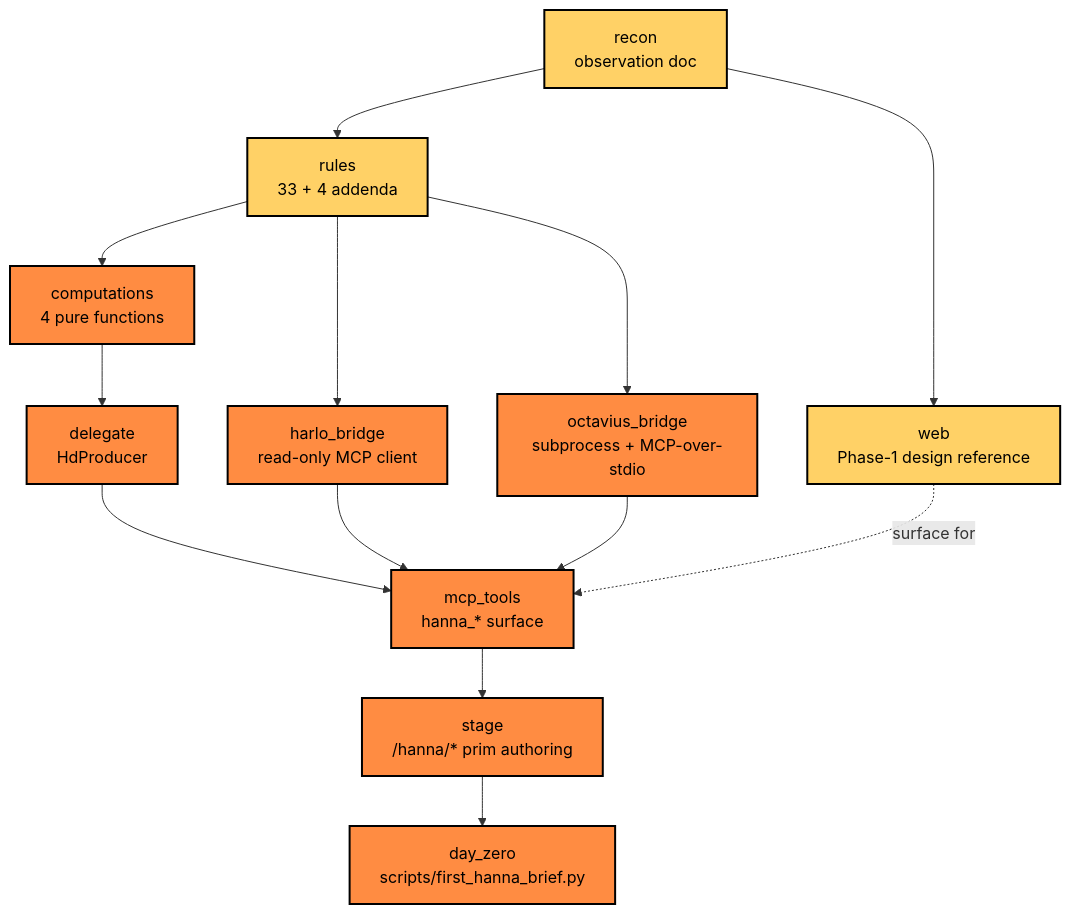
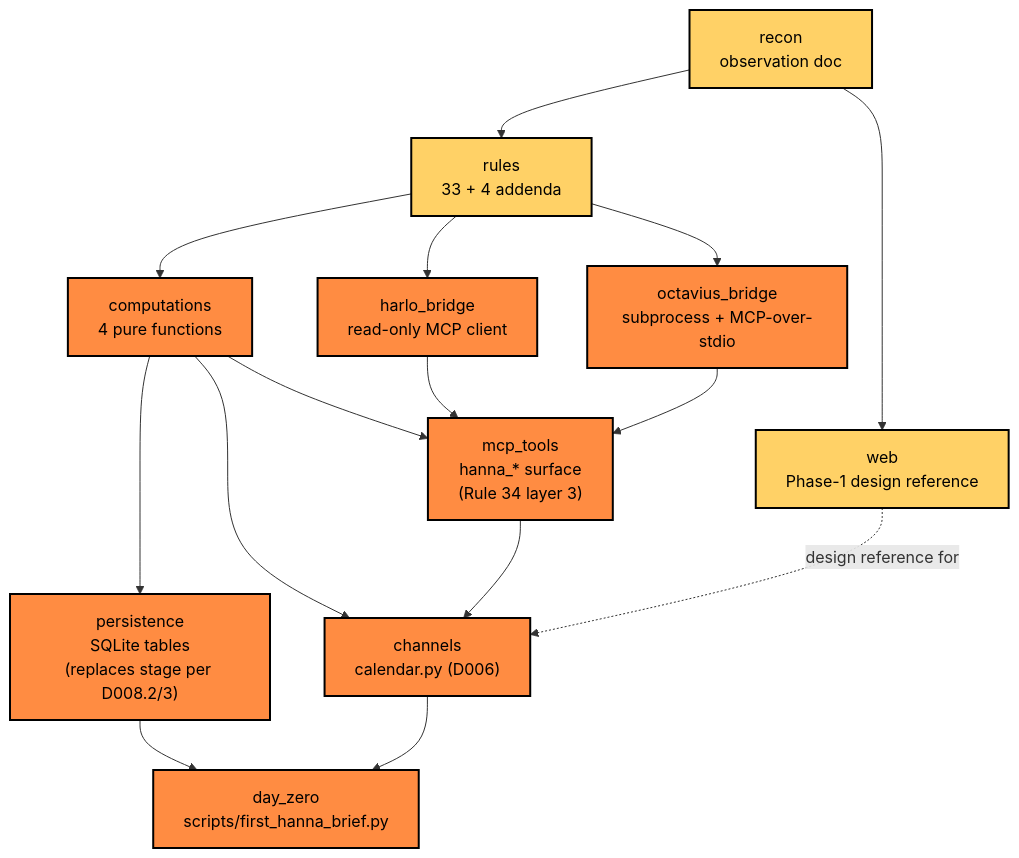
One commit to JosephOIbrahim/Hanna changed the fourth of 4 diagrams in README.md. Above: the diagram before and after it, drawn with Mermaid. The commit also changed other lines of this file and 3 other files, not shown here.

````diff
--- a/README.md
+++ b/README.md
@@ -106,29 +106,31 @@
 ```mermaid
 flowchart TB
     classDef done   fill:#FFD166,stroke:#000000,stroke-width:2px,color:#000000
     classDef next   fill:#FF8C42,stroke:#000000,stroke-width:2px,color:#000000
 
     Recon["recon<br/>observation doc"]:::done
     Rules["rules<br/>33 + 4 addenda"]:::done
     UI["web<br/>Phase-1 design reference"]:::done
     Comp["computations<br/>4 pure functions"]:::next
     HB["harlo_bridge<br/>read-only MCP client"]:::next
-    Del["delegate<br/>HdProducer"]:::next
     OB["octavius_bridge<br/>subprocess + MCP-over-stdio"]:::next
-    MCPt["mcp_tools<br/>hanna_* surface"]:::next
-    Stage["stage<br/>/hanna/* prim authoring"]:::next
+    MCPt["mcp_tools<br/>hanna_* surface<br/>(Rule 34 layer 3)"]:::next
+    Persist["persistence<br/>SQLite tables<br/>(replaces stage per D008.2/3)"]:::next
+    Channels["channels<br/>calendar.py (D006)"]:::next
     Day0["day_zero<br/>scripts/first_hanna_brief.py"]:::next
 
     Recon --> Rules
     Recon --> UI
     Rules --> Comp
     Rules --> HB
     Rules --> OB
-    Comp  --> Del
-    Del   --> MCPt
+    Comp  --> Persist
+    Comp  --> MCPt
     HB    --> MCPt
     OB    --> MCPt
-    MCPt  --> Stage
-    Stage --> Day0
-    UI    -.->|"surface for"| MCPt
+    Comp  --> Channels
+    MCPt  --> Channels
+    Persist --> Day0
+    Channels --> Day0
+    UI    -.->|"design reference for"| Channels
 ```
````
